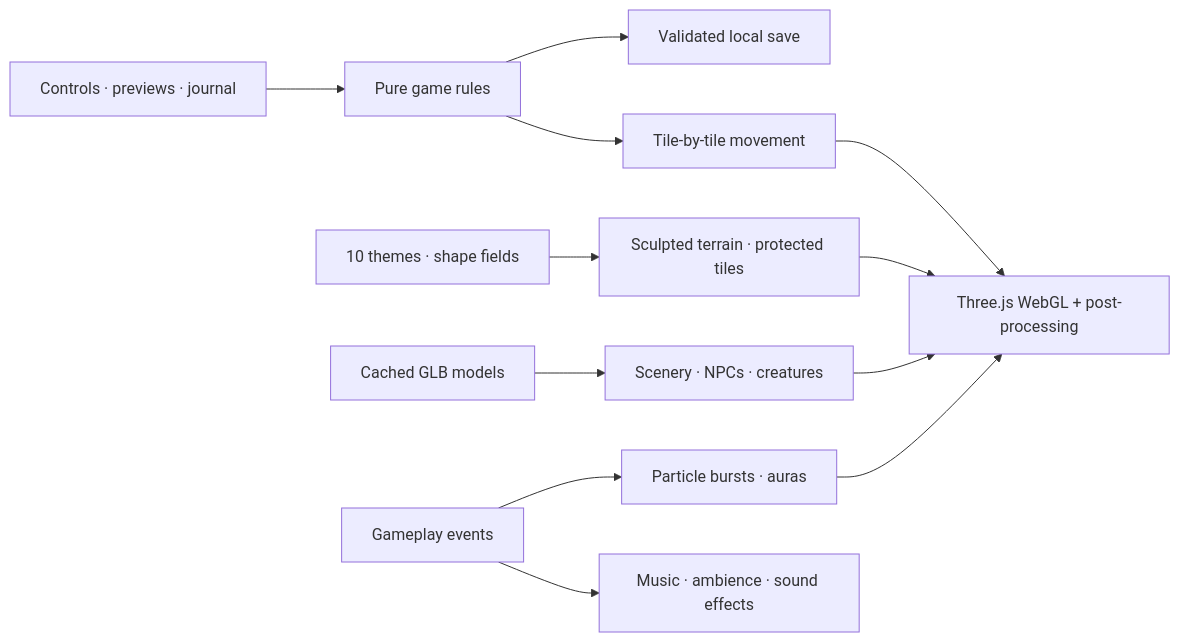
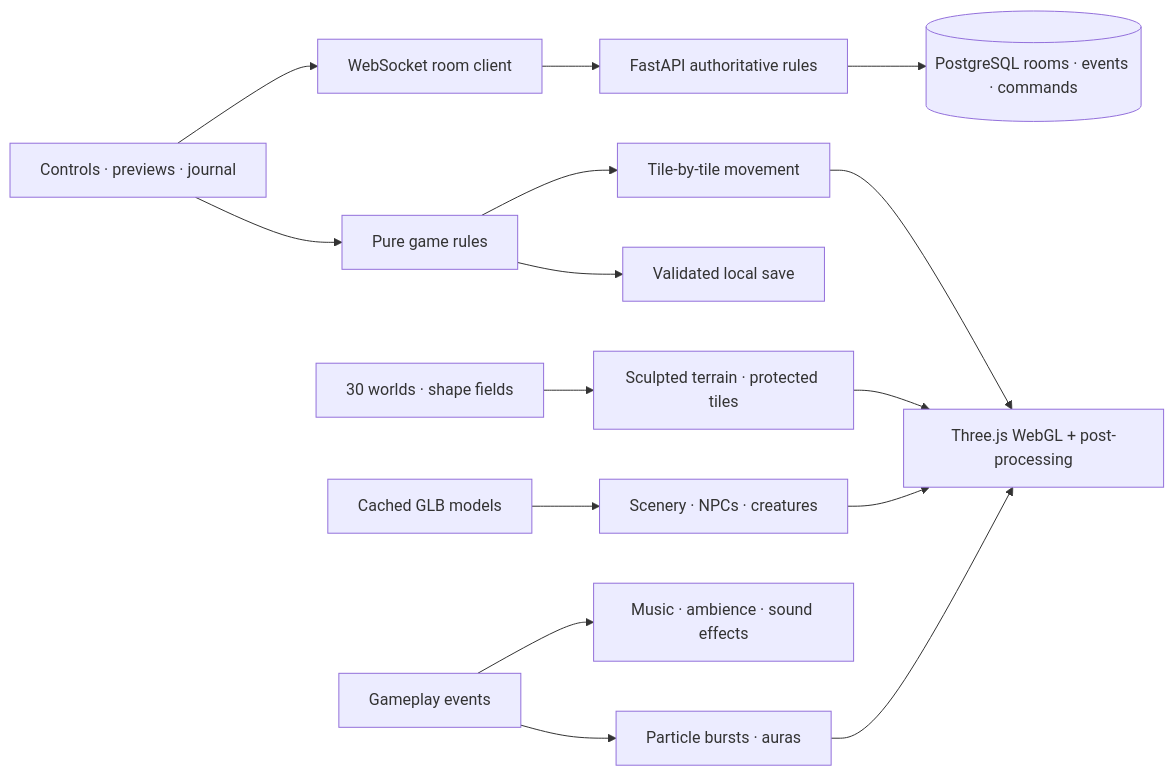
Before and after one commit to bogdancstrike/threejs-board-game: the diagram in README.md, drawn with Mermaid. The commit also changed other lines of this file and 130 other files, not shown here.

````diff
--- a/README.md
+++ b/README.md
@@ -166,14 +241,17 @@
 ```mermaid
 flowchart LR
     UI[Controls · previews · journal] --> Rules[Pure game rules]
     Rules --> State[Validated local save]
+    UI --> Socket[WebSocket room client]
+    Socket --> API[FastAPI authoritative rules]
+    API --> DB[(PostgreSQL rooms · events · commands)]
     Rules --> Movement[Tile-by-tile movement]
-    Maps[10 themes · shape fields] --> Terrain[Sculpted terrain · protected tiles]
+    Maps[30 worlds · shape fields] --> Terrain[Sculpted terrain · protected tiles]
     Assets[Cached GLB models] --> World[Scenery · NPCs · creatures]
     Terrain --> Render[Three.js WebGL + post-processing]
     World --> Render
     Movement --> Render
     Events[Gameplay events] --> VFX[Particle bursts · auras]
     Events --> Audio[Music · ambience · sound effects]
     VFX --> Render
 ```
````
